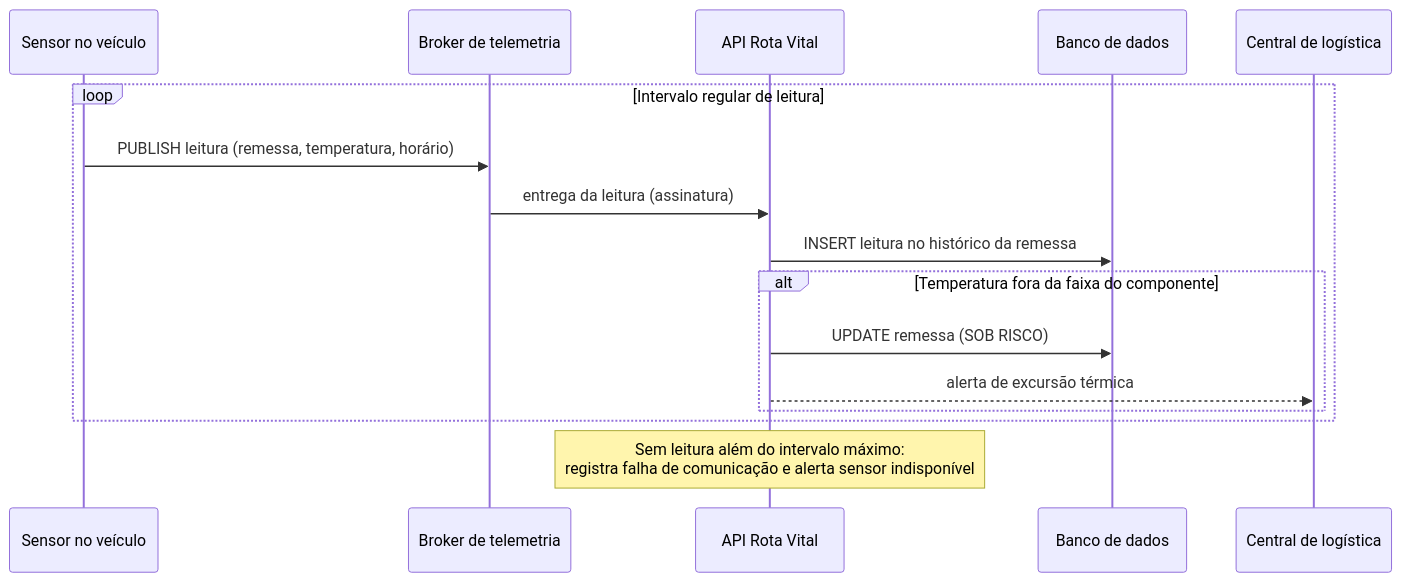
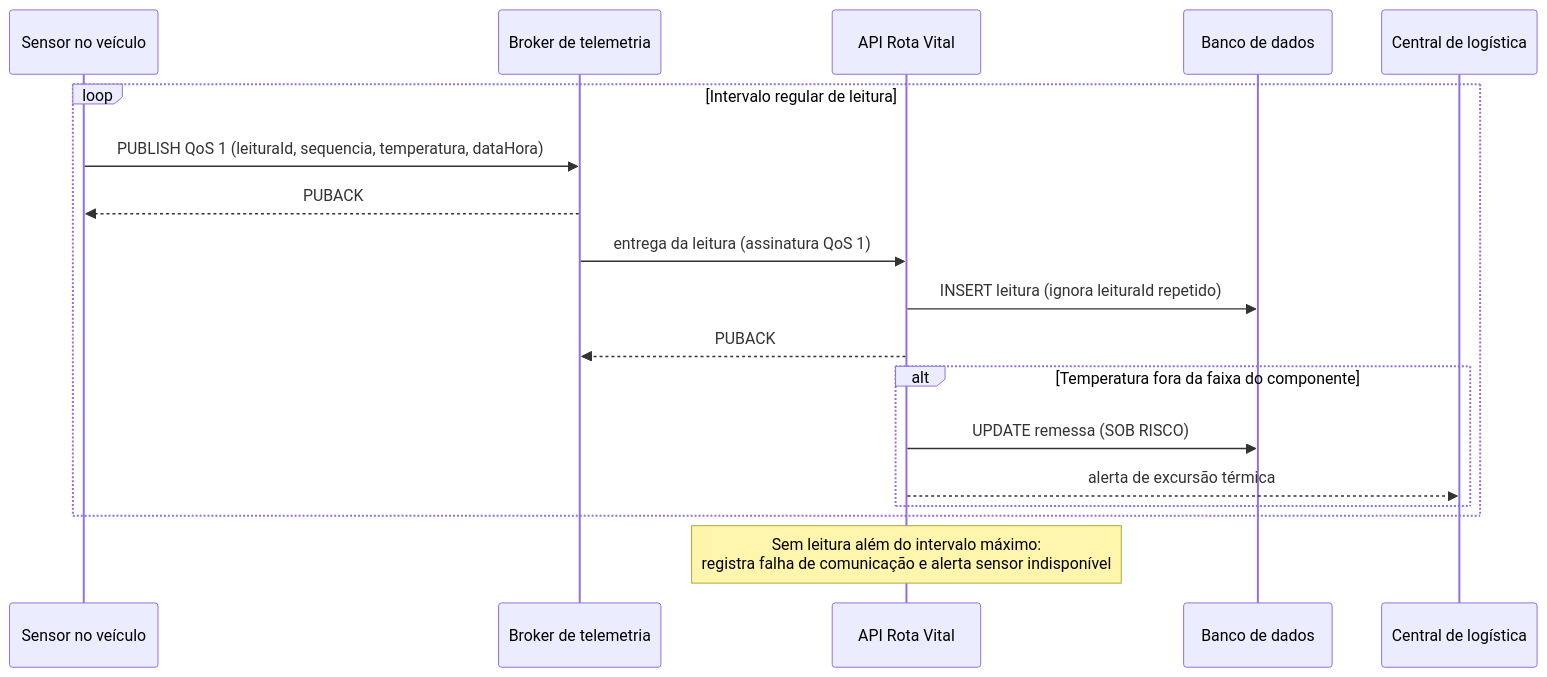
The fourth of 4 diagrams in docs/rota-vital-topologia.md (JackkOps/Vital), drawn with Mermaid before and after one commit. The commit also changed other lines of this file, not shown here.

````diff
--- a/docs/rota-vital-topologia.md
+++ b/docs/rota-vital-topologia.md
@@ -158,19 +191,21 @@
 ```mermaid
 sequenceDiagram
     participant V as Sensor no veículo
     participant B as Broker de telemetria
     participant A as API Rota Vital
     participant D as Banco de dados
     participant L as Central de logística
 
     loop Intervalo regular de leitura
-        V->>B: PUBLISH leitura (remessa, temperatura, horário)
-        B->>A: entrega da leitura (assinatura)
-        A->>D: INSERT leitura no histórico da remessa
+        V->>B: PUBLISH QoS 1 (leituraId, sequencia, temperatura, dataHora)
+        B-->>V: PUBACK
+        B->>A: entrega da leitura (assinatura QoS 1)
+        A->>D: INSERT leitura (ignora leituraId repetido)
+        A-->>B: PUBACK
         alt Temperatura fora da faixa do componente
             A->>D: UPDATE remessa (SOB RISCO)
             A-->>L: alerta de excursão térmica
         end
     end
     Note over A: Sem leitura além do intervalo máximo:<br/>registra falha de comunicação e alerta sensor indisponível
 ```
````
